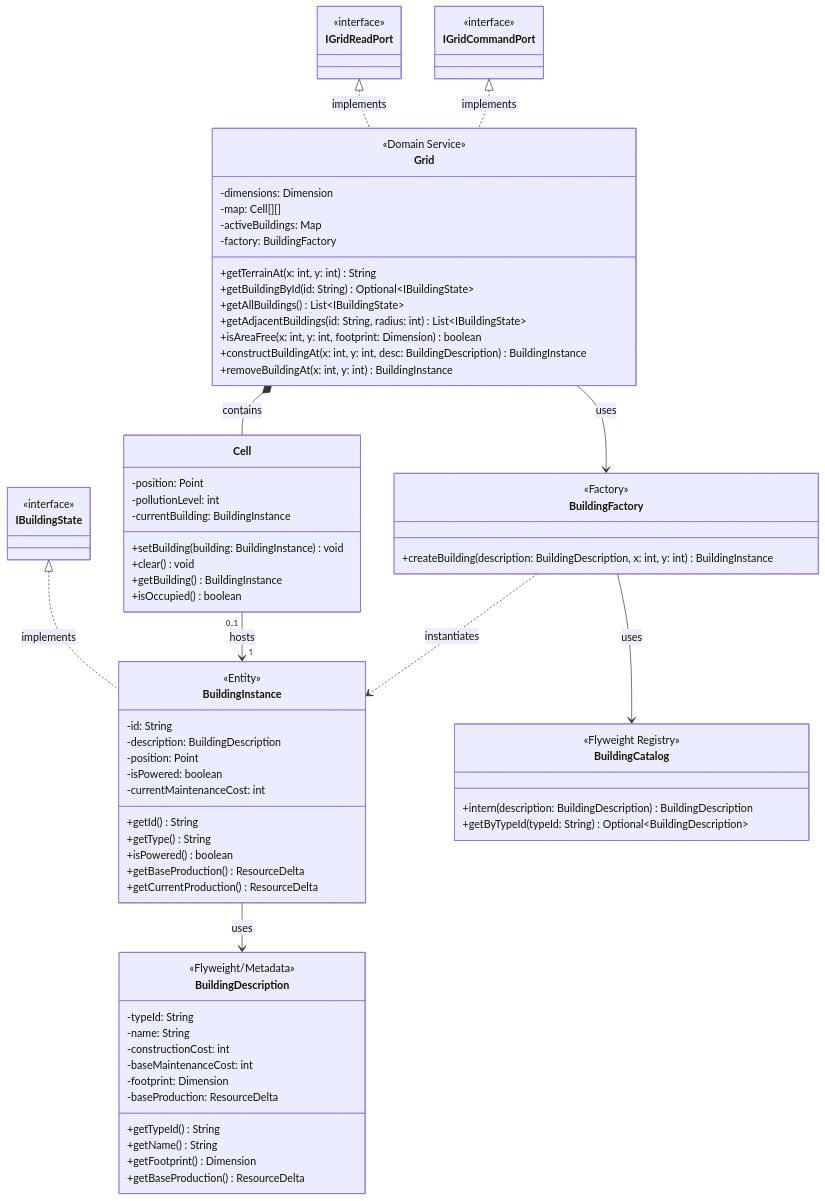
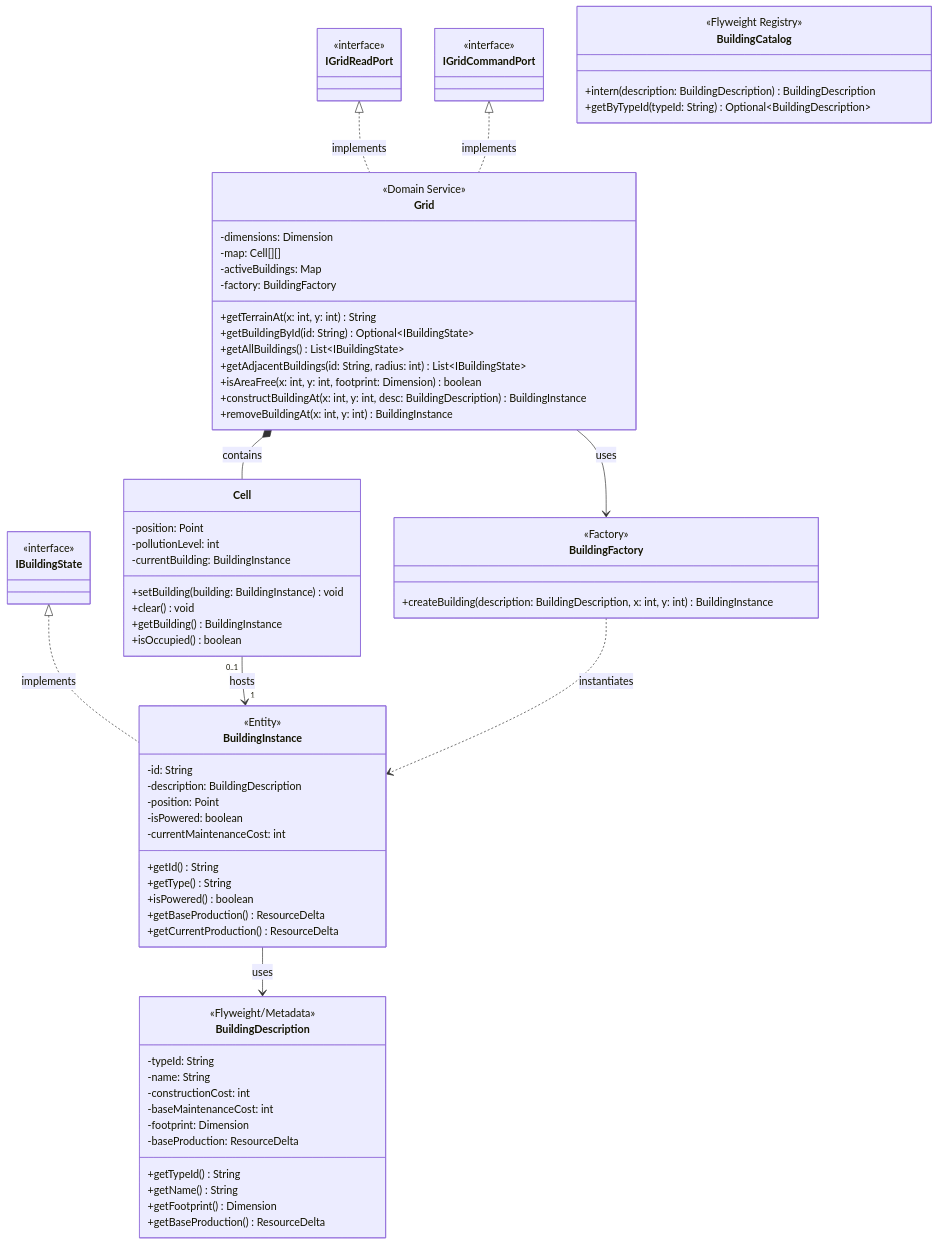
One commit to LeonardoBellan/CityLogic changed the diagram in docs/Design Class Diagrams/mapDomain.md. Above: the diagram before and after it, drawn with Mermaid. The commit also changed other lines of this file and 22 other files, not shown here.

```diff
--- a/docs/Design Class Diagrams/mapDomain.md
+++ b/docs/Design Class Diagrams/mapDomain.md
@@ -78,7 +80,8 @@
 
     Grid *-- Cell : contains
     Grid --> BuildingFactory : uses
-    BuildingFactory --> BuildingCatalog : uses
+    %% BuildingCatalog belongs to the application layer; Grid and the factory
+    %% receive descriptions directly and do not depend on the catalog.
     Cell "0..1" --> "1" BuildingInstance : hosts
     BuildingFactory ..> BuildingInstance : instantiates
     BuildingInstance --> BuildingDescription : uses
```
